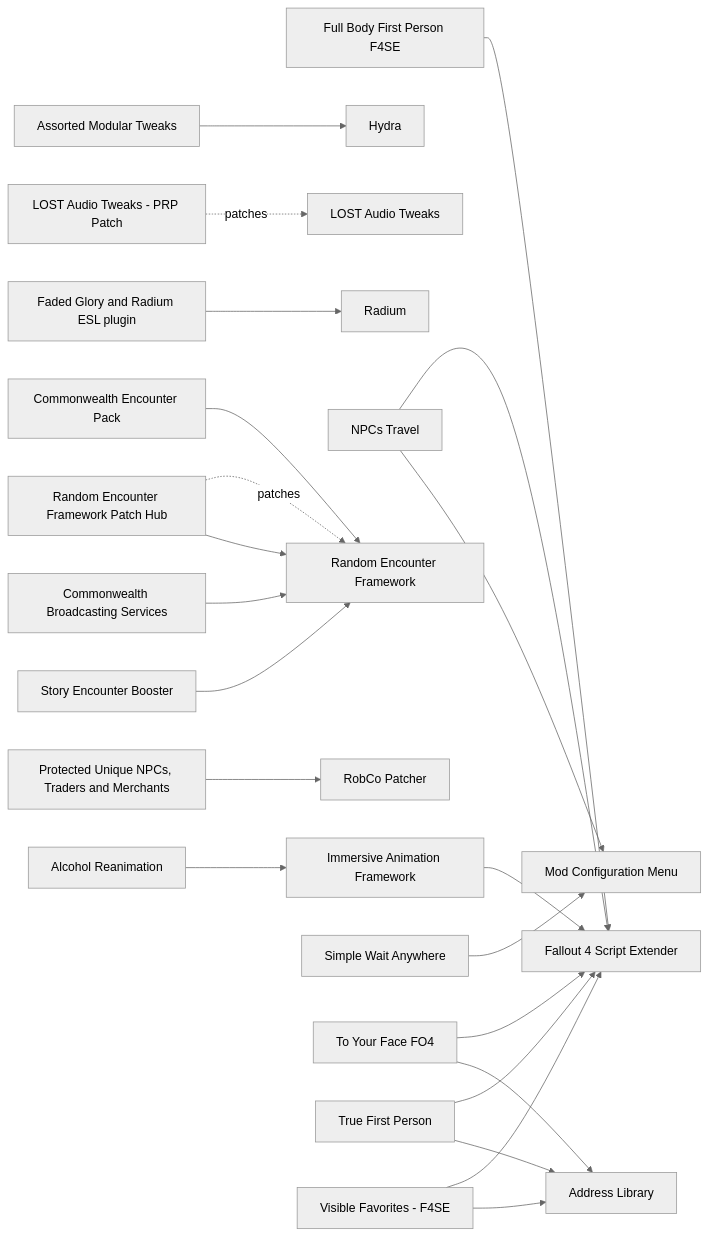
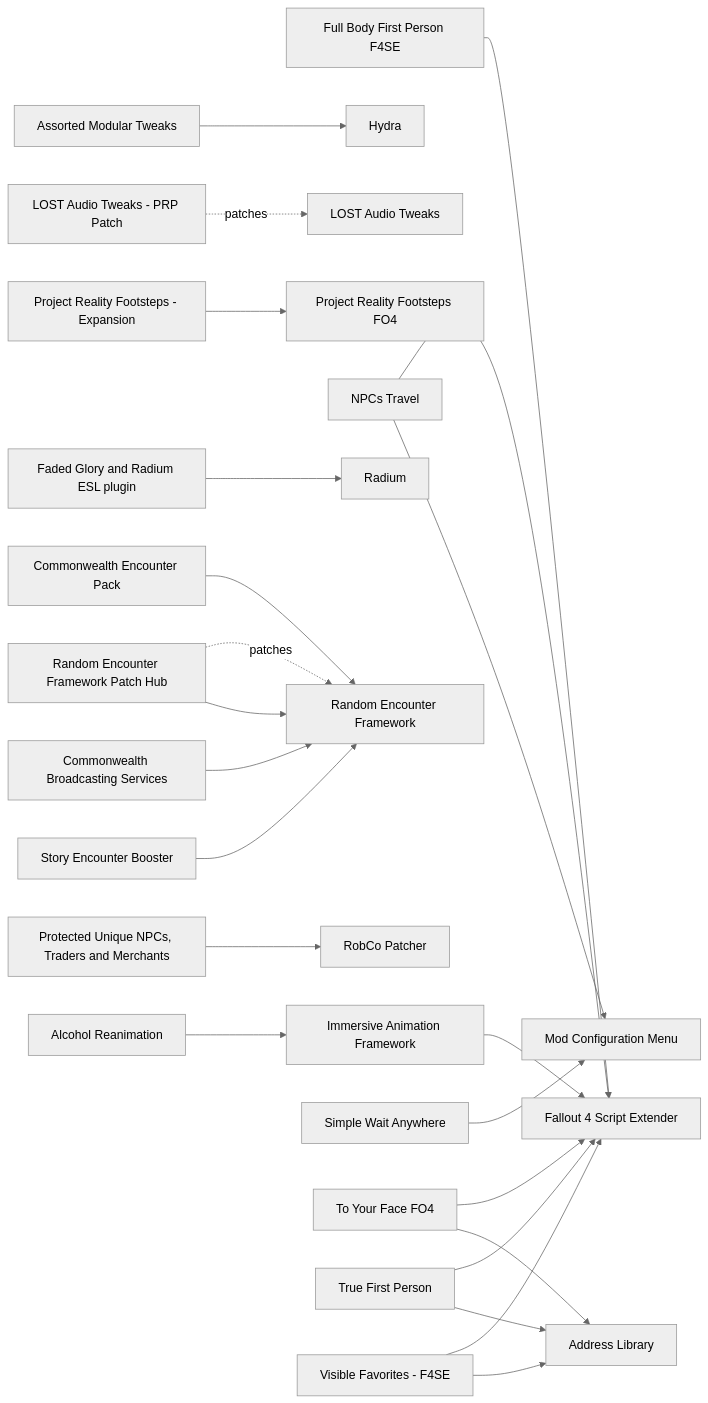
Before and after one commit to MorganKryze/special-mods-list: the diagram in docs/catalog/immersion.md, drawn with Mermaid (neutral theme). The commit also changed other lines of this file and 12 other files, not shown here.

````diff
--- a/docs/catalog/immersion.md
+++ b/docs/catalog/immersion.md
@@ -136,48 +137,51 @@
 ```mermaid
 graph LR
   address_library["Address Library"]
   alcohol_reanimation["Alcohol Reanimation"]
   assorted_modular_tweaks["Assorted Modular Tweaks"]
   commonwealth_broadcasting_services["Commonwealth Broadcasting Services"]
   commonwealth_encounter_pack["Commonwealth Encounter Pack"]
   f4se["Fallout 4 Script Extender"]
   full_body_first_person["Full Body First Person F4SE"]
   hydra["Hydra"]
   immersive_animation_framework["Immersive Animation Framework"]
   lost_audio_tweaks["LOST Audio Tweaks"]
   lost_audio_tweaks_prp_patch["LOST Audio Tweaks - PRP Patch"]
   mcm["Mod Configuration Menu"]
   npcs_travel["NPCs Travel"]
+  prf_footsteps["Project Reality Footsteps FO4"]
+  prf_footsteps_expansion["Project Reality Footsteps - Expansion"]
   protected_unique_npcs["Protected Unique NPCs, Traders and Merchants"]
   radium["Radium"]
   radium_esl_plugin["Faded Glory and Radium ESL plugin"]
   random_encounter_framework["Random Encounter Framework"]
   ref_patch_hub["Random Encounter Framework Patch Hub"]
   robco_patcher["RobCo Patcher"]
   simple_wait_anywhere["Simple Wait Anywhere"]
   story_encounter_booster["Story Encounter Booster"]
   to_your_face["To Your Face FO4"]
   true_first_person["True First Person"]
   visible_favorites["Visible Favorites - F4SE"]
   commonwealth_encounter_pack --> random_encounter_framework
   lost_audio_tweaks_prp_patch -. patches .-> lost_audio_tweaks
   npcs_travel --> f4se
   npcs_travel --> mcm
   ref_patch_hub -. patches .-> random_encounter_framework
   ref_patch_hub --> random_encounter_framework
   to_your_face --> f4se
   to_your_face --> address_library
   assorted_modular_tweaks --> hydra
   commonwealth_broadcasting_services --> random_encounter_framework
   protected_unique_npcs --> robco_patcher
   simple_wait_anywhere --> mcm
   story_encounter_booster --> random_encounter_framework
   full_body_first_person --> f4se
+  prf_footsteps_expansion --> prf_footsteps
   radium_esl_plugin --> radium
   true_first_person --> f4se
   true_first_person --> address_library
   visible_favorites --> f4se
   visible_favorites --> address_library
   immersive_animation_framework --> f4se
   alcohol_reanimation --> immersive_animation_framework
 ```
````
